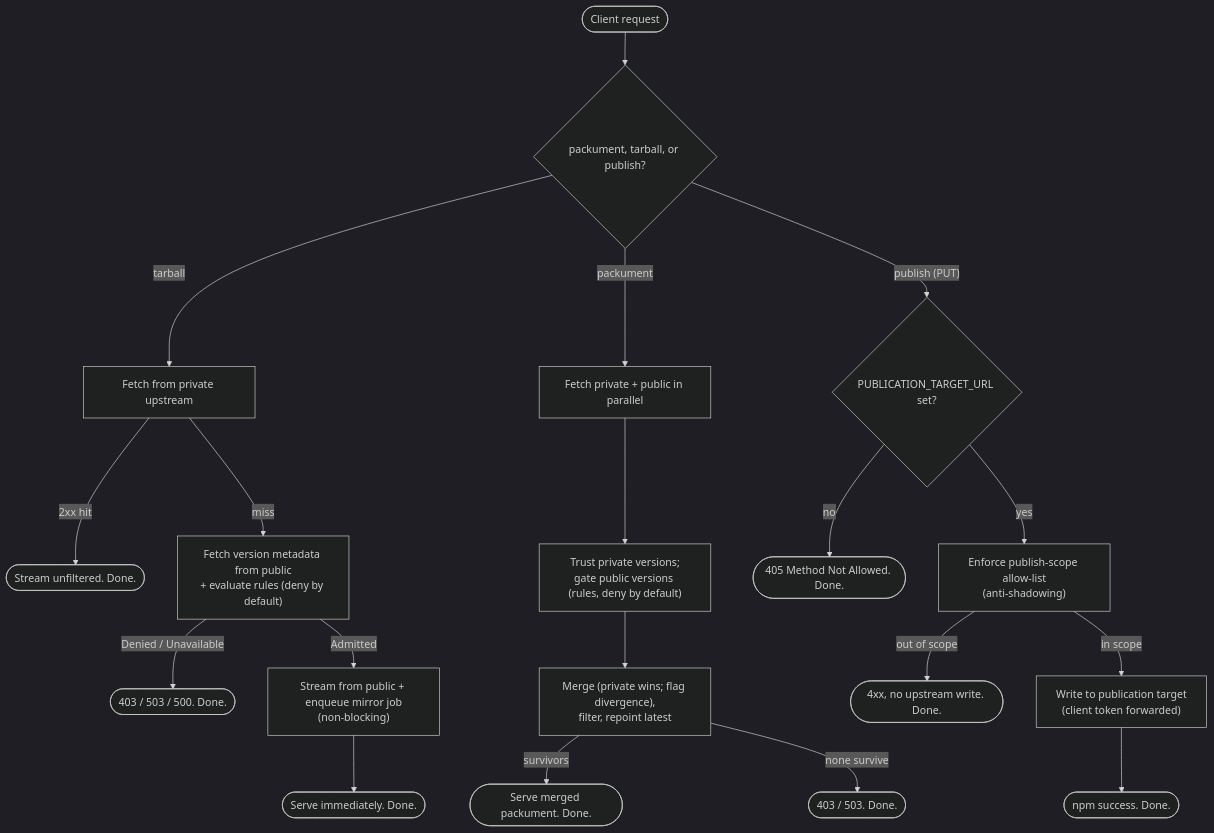
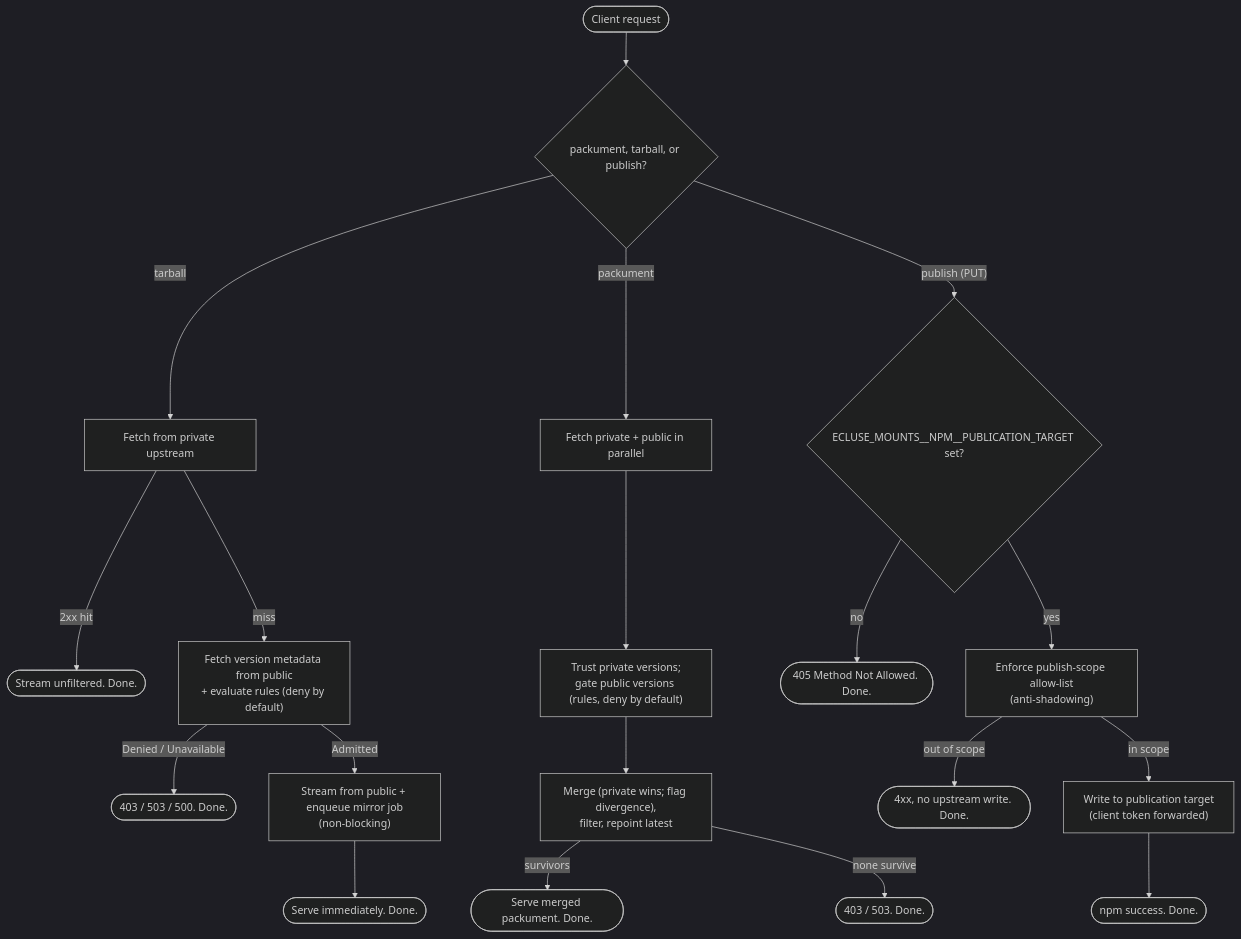
Before and after one commit to AlexaDeWit/Ecluse: the diagram in docs/architecture.md, drawn with Mermaid (dark theme). The commit also changed other lines of this file and 72 other files, not shown here.

````diff
--- a/docs/architecture.md
+++ b/docs/architecture.md
@@ -62,24 +62,24 @@
 ```mermaid
 flowchart TD
     C(["Client request"]) --> K{"packument, tarball, or publish?"}
 
     K -->|"tarball"| T1["Fetch from private upstream"]
     T1 -->|"2xx hit"| TSV(["Stream unfiltered. Done."])
     T1 -->|"miss"| T2["Fetch version metadata from public<br/>+ evaluate rules (deny by default)"]
     T2 -->|"Denied / Unavailable"| TD(["403 / 503 / 500. Done."])
     T2 -->|"Admitted"| T3["Stream from public + enqueue mirror job<br/>(non-blocking)"]
     T3 --> TSV2(["Serve immediately. Done."])
 
     K -->|"packument"| P1["Fetch private + public in parallel"]
     P1 --> P2["Trust private versions;<br/>gate public versions (rules, deny by default)"]
     P2 --> P3["Merge (private wins; flag divergence),<br/>filter, repoint latest"]
     P3 -->|"survivors"| PSV(["Serve merged packument. Done."])
     P3 -->|"none survive"| PD(["403 / 503. Done."])
 
-    K -->|"publish (PUT)"| W1{"PUBLICATION_TARGET_URL set?"}
+    K -->|"publish (PUT)"| W1{"ECLUSE_MOUNTS__NPM__PUBLICATION_TARGET set?"}
     W1 -->|"no"| W405(["405 Method Not Allowed. Done."])
     W1 -->|"yes"| W2["Enforce publish-scope allow-list<br/>(anti-shadowing)"]
     W2 -->|"out of scope"| WR(["4xx, no upstream write. Done."])
     W2 -->|"in scope"| W3["Write to publication target<br/>(client token forwarded)"]
     W3 --> WSV(["npm success. Done."])
 ```
````
